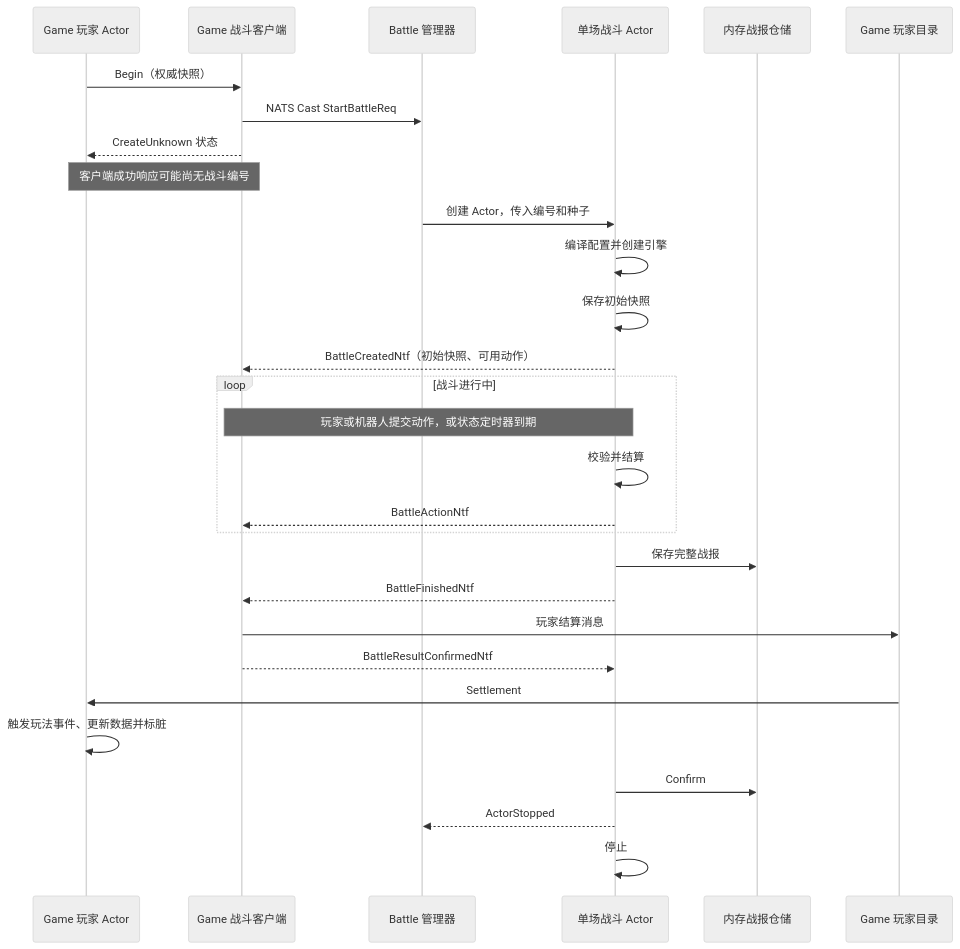
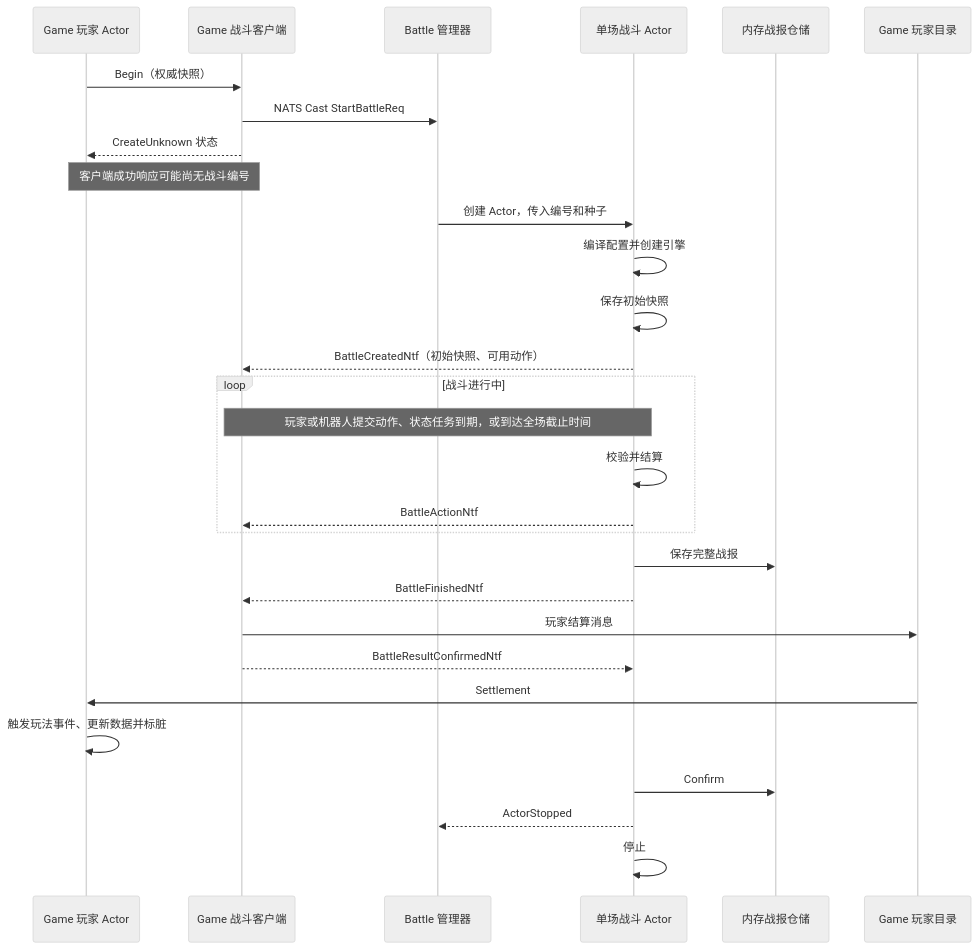
One commit to gogu-x/gogs changed the second of 2 diagrams in battle/BATTLE_BACKEND.md. Above: the diagram before and after it, drawn with Mermaid (neutral theme). The commit also changed other lines of this file and 78 other files, not shown here.

````diff
--- a/battle/BATTLE_BACKEND.md
+++ b/battle/BATTLE_BACKEND.md
@@ -121,31 +131,31 @@
 ```mermaid
 sequenceDiagram
     participant P as Game 玩家 Actor
     participant C as Game 战斗客户端
     participant M as Battle 管理器
     participant A as 单场战斗 Actor
     participant R as 内存战报仓储
     participant D as Game 玩家目录
     P->>C: Begin（权威快照）
     C->>M: NATS Cast StartBattleReq
     C-->>P: CreateUnknown 状态
     Note over P,C: 客户端成功响应可能尚无战斗编号
     M->>A: 创建 Actor，传入编号和种子
     A->>A: 编译配置并创建引擎
     A->>A: 保存初始快照
     A-->>C: BattleCreatedNtf（初始快照、可用动作）
     loop 战斗进行中
-        Note over C,A: 玩家或机器人提交动作，或状态定时器到期
+        Note over C,A: 玩家或机器人提交动作、状态任务到期，或到达全场截止时间
         A->>A: 校验并结算
         A-->>C: BattleActionNtf
     end
     A->>R: 保存完整战报
     A-->>C: BattleFinishedNtf
     C->>D: 玩家结算消息
     C-->>A: BattleResultConfirmedNtf
     D->>P: Settlement
     P->>P: 触发玩法事件、更新数据并标脏
     A->>R: Confirm
     A-->>M: ActorStopped
     A->>A: 停止
 ```
````
